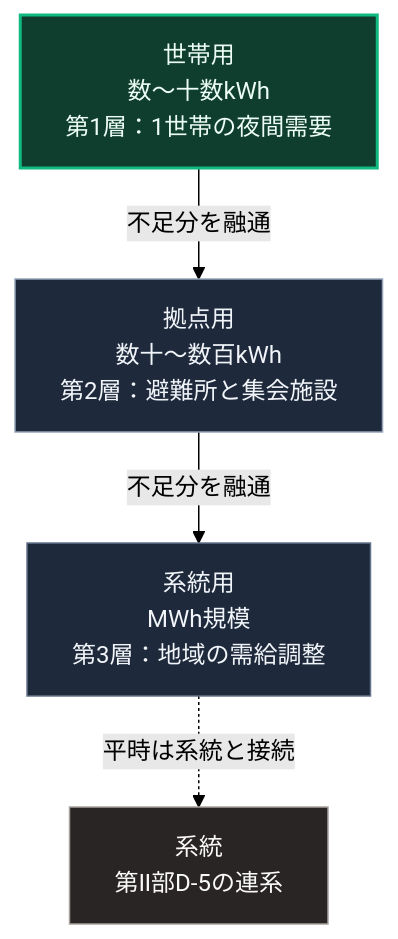
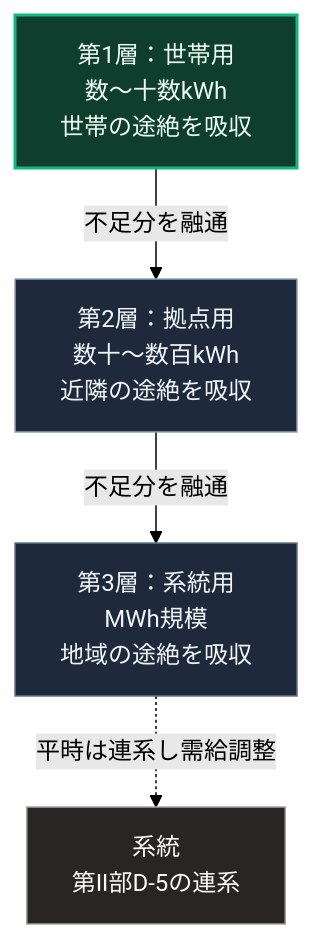
One commit to Takenori-Kusaka/zenn-content changed the diagram in books/sovereign-resilience-blueprint/51_decentralized-energy-powerx-mega-power.md. Above: the diagram before and after it, drawn with Mermaid (forest theme). The commit also changed other lines of this file and 114 other files, not shown here.

````diff
--- a/books/sovereign-resilience-blueprint/51_decentralized-energy-powerx-mega-power.md
+++ b/books/sovereign-resilience-blueprint/51_decentralized-energy-powerx-mega-power.md
@@ -59,12 +59,12 @@
 ```mermaid
 flowchart TD
-    H[世帯用<br>数〜十数kWh<br>第1層：1世帯の夜間需要]
-    H -->|不足分を融通| B[拠点用<br>数十〜数百kWh<br>第2層：避難所と集会施設]
-    B -->|不足分を融通| G[系統用<br>MWh規模<br>第3層：地域の需給調整]
-    G -.->|平時は系統と接続| S[系統<br>第Ⅱ部D-5の連系]
+    H[第1層：世帯用<br>数〜十数kWh<br>世帯の途絶を吸収]
+    H -->|不足分を融通| B[第2層：拠点用<br>数十〜数百kWh<br>近隣の途絶を吸収]
+    B -->|不足分を融通| G[第3層：系統用<br>MWh規模<br>地域の途絶を吸収]
+    G -.->|平時は連系し需給調整| S[系統<br>第Ⅱ部D-5の連系]
 
     style H fill:#0f3d2e,stroke:#10b981,stroke-width:2px,color:#ecfdf5
     style B fill:#1e293b,stroke:#94a3b8,color:#f1f5f9
     style G fill:#1e293b,stroke:#64748b,color:#f1f5f9
     style S fill:#292524,stroke:#a8a29e,color:#fafaf9
 ```
````
